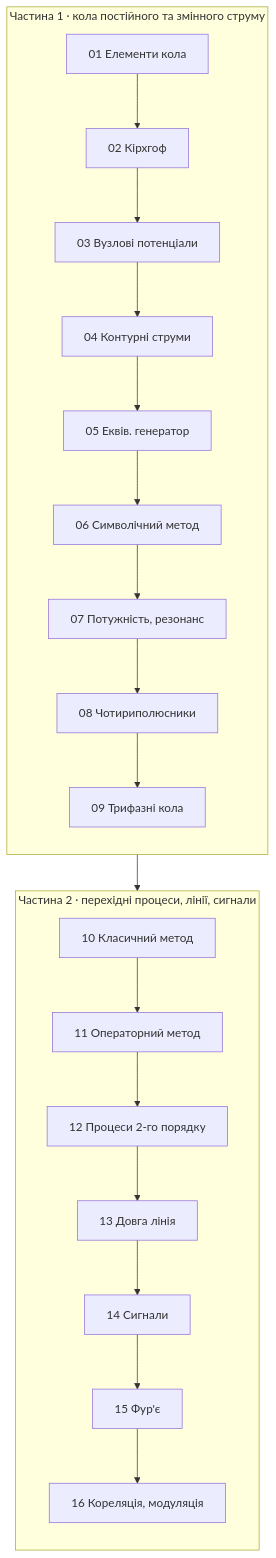
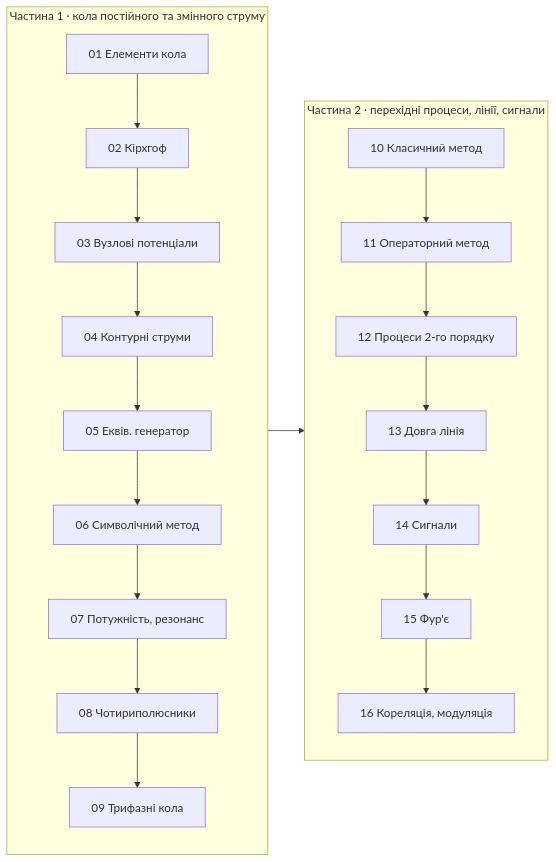
Before and after one commit to vim4all/Lectures_Basics_of_radio_electronics_in_Ukrainian: the diagram in README.md, drawn with Mermaid.

Commit message:
README: show the two parts of the course map side by side

````diff
--- a/README.md
+++ b/README.md
@@ -48,14 +48,14 @@
 ```mermaid
-flowchart TB
+flowchart LR
     subgraph S1["Частина 1 · кола постійного та змінного струму"]
         direction TB
         T1["01 Елементи кола"] --> T2["02 Кірхгоф"] --> T3["03 Вузлові потенціали"] --> T4["04 Контурні струми"] --> T5["05 Еквів. генератор"]
         T5 --> T6["06 Символічний метод"] --> T7["07 Потужність, резонанс"] --> T8["08 Чотириполюсники"] --> T9["09 Трифазні кола"]
     end
     subgraph S2["Частина 2 · перехідні процеси, лінії, сигнали"]
         direction TB
         T10["10 Класичний метод"] --> T11["11 Операторний метод"] --> T12["12 Процеси 2-го порядку"] --> T13["13 Довга лінія"]
         T13 --> T14["14 Сигнали"] --> T15["15 Фур'є"] --> T16["16 Кореляція, модуляція"]
     end
     S1 --> S2
 ```
````
